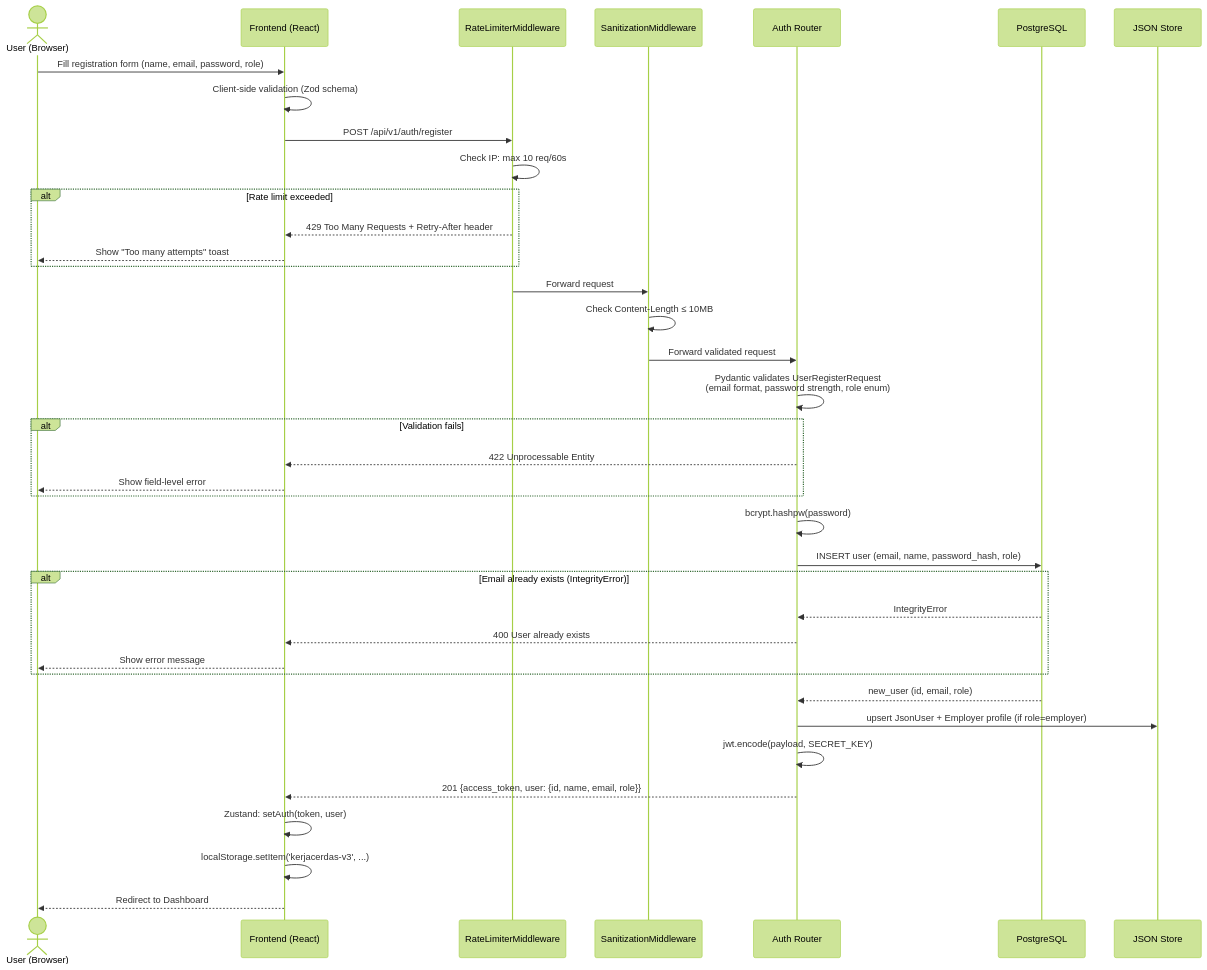
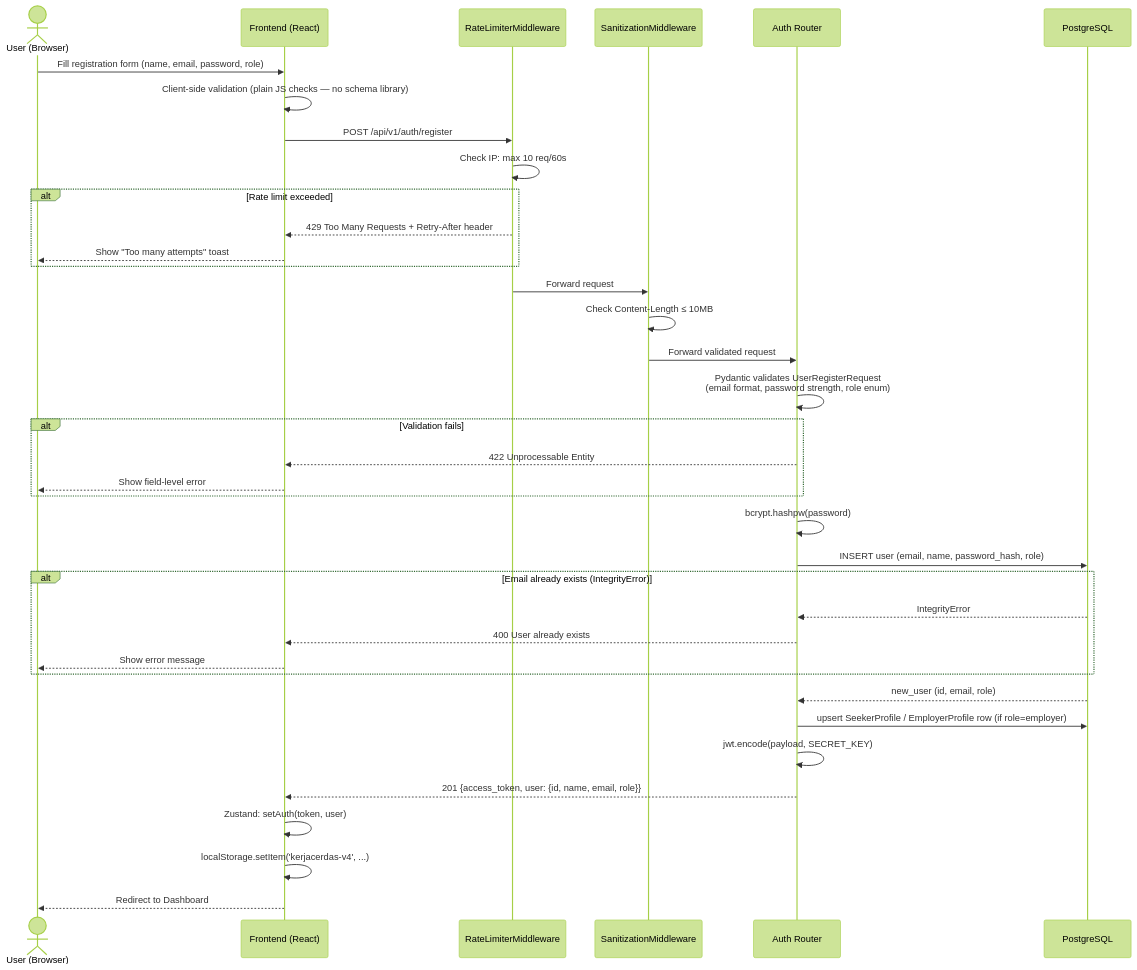
Before and after one commit to LouSens/KerjaCerdas: the first of 7 diagrams in docs/SEQUENCE_DIAGRAMS.md, drawn with Mermaid (forest theme). The commit also changed other lines of this file and 33 other files, not shown here.

Commit message:
docs: consolidate architecture/pitch docs, remove hackathon-audit meta-commentary, fix stale content

````diff
--- a/docs/SEQUENCE_DIAGRAMS.md
+++ b/docs/SEQUENCE_DIAGRAMS.md
@@ -19,41 +21,40 @@
 ```mermaid
 sequenceDiagram
     actor U as User (Browser)
     participant F as Frontend (React)
     participant RL as RateLimiterMiddleware
     participant SZ as SanitizationMiddleware
     participant AR as Auth Router
     participant DB as PostgreSQL
-    participant JS as JSON Store
 
     U->>F: Fill registration form (name, email, password, role)
-    F->>F: Client-side validation (Zod schema)
+    F->>F: Client-side validation (plain JS checks — no schema library)
     F->>RL: POST /api/v1/auth/register
     RL->>RL: Check IP: max 10 req/60s
     alt Rate limit exceeded
         RL-->>F: 429 Too Many Requests + Retry-After header
         F-->>U: Show "Too many attempts" toast
     end
     RL->>SZ: Forward request
     SZ->>SZ: Check Content-Length ≤ 10MB
     SZ->>AR: Forward validated request
     AR->>AR: Pydantic validates UserRegisterRequest<br/>(email format, password strength, role enum)
     alt Validation fails
         AR-->>F: 422 Unprocessable Entity
         F-->>U: Show field-level error
     end
     AR->>AR: bcrypt.hashpw(password)
     AR->>DB: INSERT user (email, name, password_hash, role)
     alt Email already exists (IntegrityError)
         DB-->>AR: IntegrityError
         AR-->>F: 400 User already exists
         F-->>U: Show error message
     end
     DB-->>AR: new_user (id, email, role)
-    AR->>JS: upsert JsonUser + Employer profile (if role=employer)
+    AR->>DB: upsert SeekerProfile / EmployerProfile row (if role=employer)
     AR->>AR: jwt.encode(payload, SECRET_KEY)
     AR-->>F: 201 {access_token, user: {id, name, email, role}}
     F->>F: Zustand: setAuth(token, user)
-    F->>F: localStorage.setItem('kerjacerdas-v3', ...)
+    F->>F: localStorage.setItem('kerjacerdas-v4', ...)
     F-->>U: Redirect to Dashboard
 ```
````
